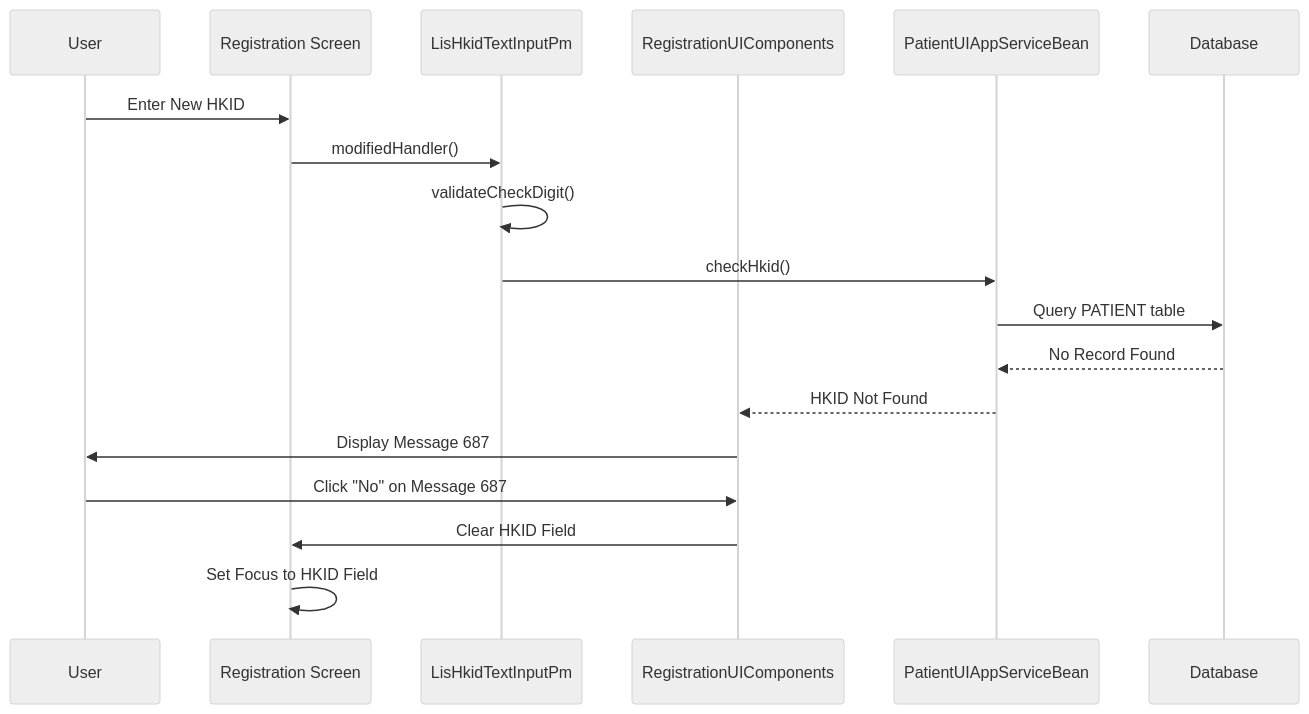
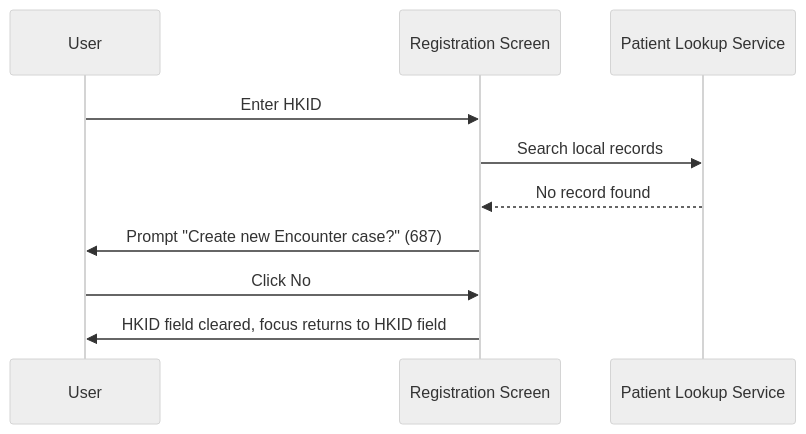
Before and after one commit to DragonChong/HA-Notes: the second of 4 diagrams in Knowledge Base/01_Screens/Registration/Workflows/Create New Patient by HKID.md, drawn with Mermaid (neutral theme). The commit also changed other lines of this file, not shown here.

````diff
--- a/Knowledge Base/01_Screens/Registration/Workflows/Create New Patient by HKID.md
+++ b/Knowledge Base/01_Screens/Registration/Workflows/Create New Patient by HKID.md
@@ -232,22 +130,9 @@
 ```mermaid
 sequenceDiagram
-    participant User
-    participant RegScreen as Registration Screen
-    participant HkidPm as LisHkidTextInputPm
-    participant RegUIComp as RegistrationUIComponents
-    participant Backend as PatientUIAppServiceBean
-    participant Database
-    
-    User->>RegScreen: Enter New HKID
-    RegScreen->>HkidPm: modifiedHandler()
-    HkidPm->>HkidPm: validateCheckDigit()
-    HkidPm->>Backend: checkHkid()
-    Backend->>Database: Query PATIENT table
-    Database-->>Backend: No Record Found
-    Backend-->>RegUIComp: HKID Not Found
-    RegUIComp->>User: Display Message 687
-    
-    User->>RegUIComp: Click "No" on Message 687
-    RegUIComp->>RegScreen: Clear HKID Field
-    RegScreen->>RegScreen: Set Focus to HKID Field
+    User->>Registration Screen: Enter HKID
+    Registration Screen->>Patient Lookup Service: Search local records
+    Patient Lookup Service-->>Registration Screen: No record found
+    Registration Screen->>User: Prompt "Create new Encounter case?" (687)
+    User->>Registration Screen: Click No
+    Registration Screen->>User: HKID field cleared, focus returns to HKID field
 ```
````
